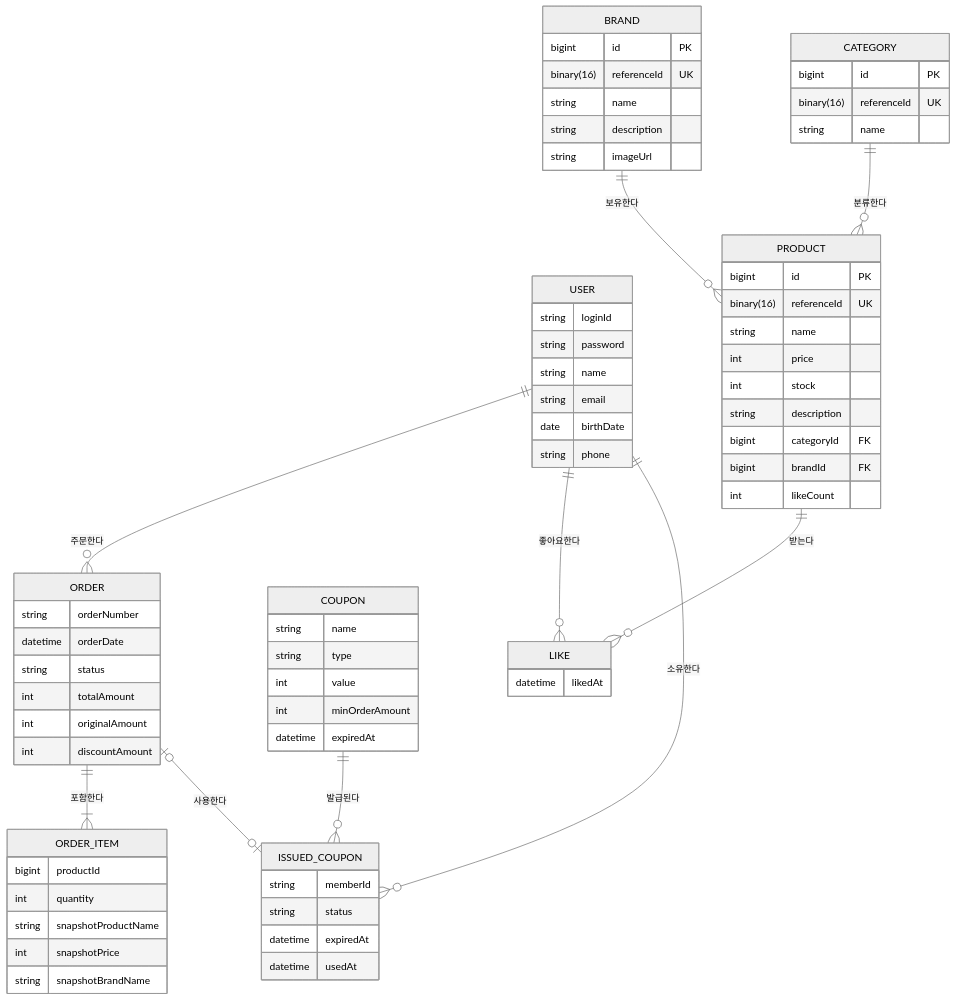
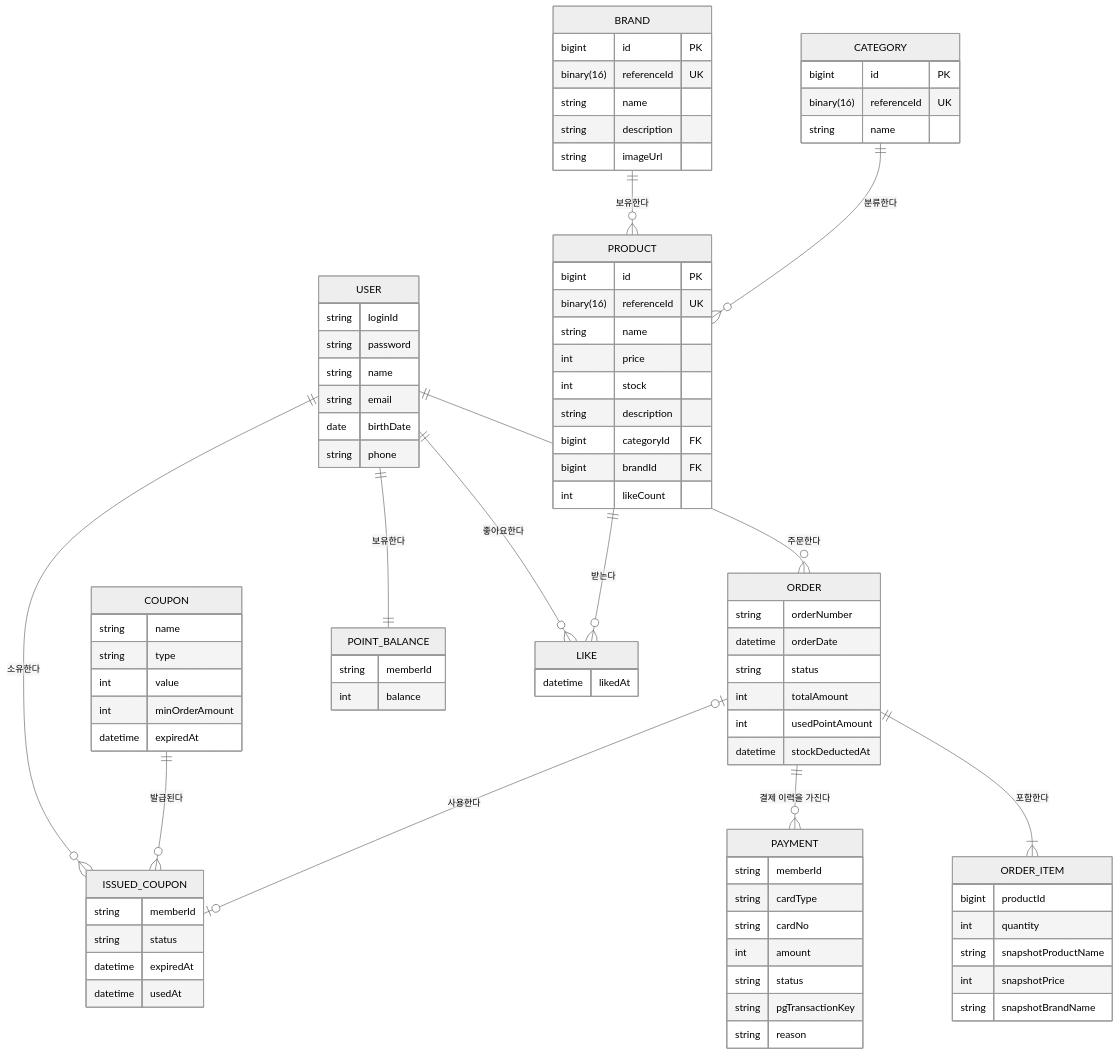
The diagram in docs/design/04-erd.md (Loopers-dev-lab/loop-pack-be-l2-vol3-java), drawn with Mermaid (neutral theme) before and after one commit. The commit also changed other lines of this file and 21 other files, not shown here.

````diff
--- a/docs/design/04-erd.md
+++ b/docs/design/04-erd.md
@@ -40,8 +40,8 @@
         datetime orderDate
         string status
         int totalAmount
-        int originalAmount
-        int discountAmount
+        int usedPointAmount
+        datetime stockDeductedAt
     }
     ORDER_ITEM {
         bigint productId
@@ -63,6 +63,19 @@
         datetime expiredAt
         datetime usedAt
     }
+    POINT_BALANCE {
+        string memberId
+        int balance
+    }
+    PAYMENT {
+        string memberId
+        string cardType
+        string cardNo
+        int amount
+        string status
+        string pgTransactionKey
+        string reason
+    }
 
     USER ||--o{ ORDER : "주문한다"
     LIKE {
@@ -75,6 +88,8 @@
     BRAND ||--o{ PRODUCT : "보유한다"
     CATEGORY ||--o{ PRODUCT : "분류한다"
     USER ||--o{ ISSUED_COUPON : "소유한다"
+    USER ||--|| POINT_BALANCE : "보유한다"
     COUPON ||--o{ ISSUED_COUPON : "발급된다"
     ORDER o|--o| ISSUED_COUPON : "사용한다"
+    ORDER ||--o{ PAYMENT : "결제 이력을 가진다"
 ```
````
